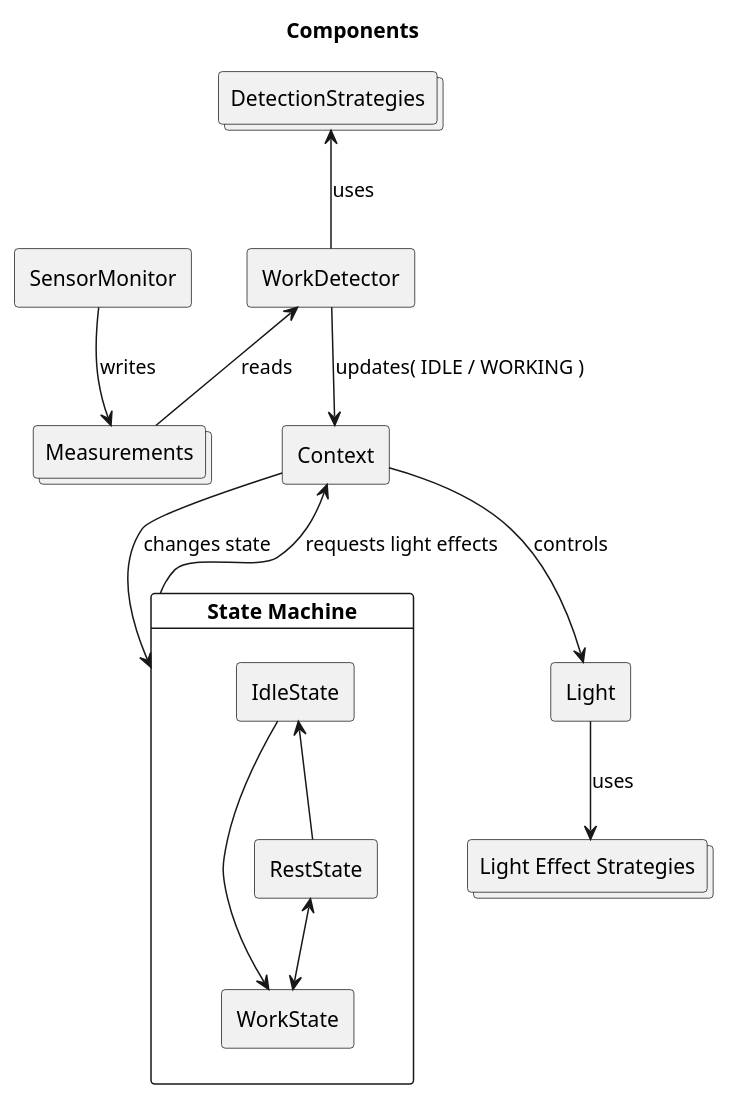
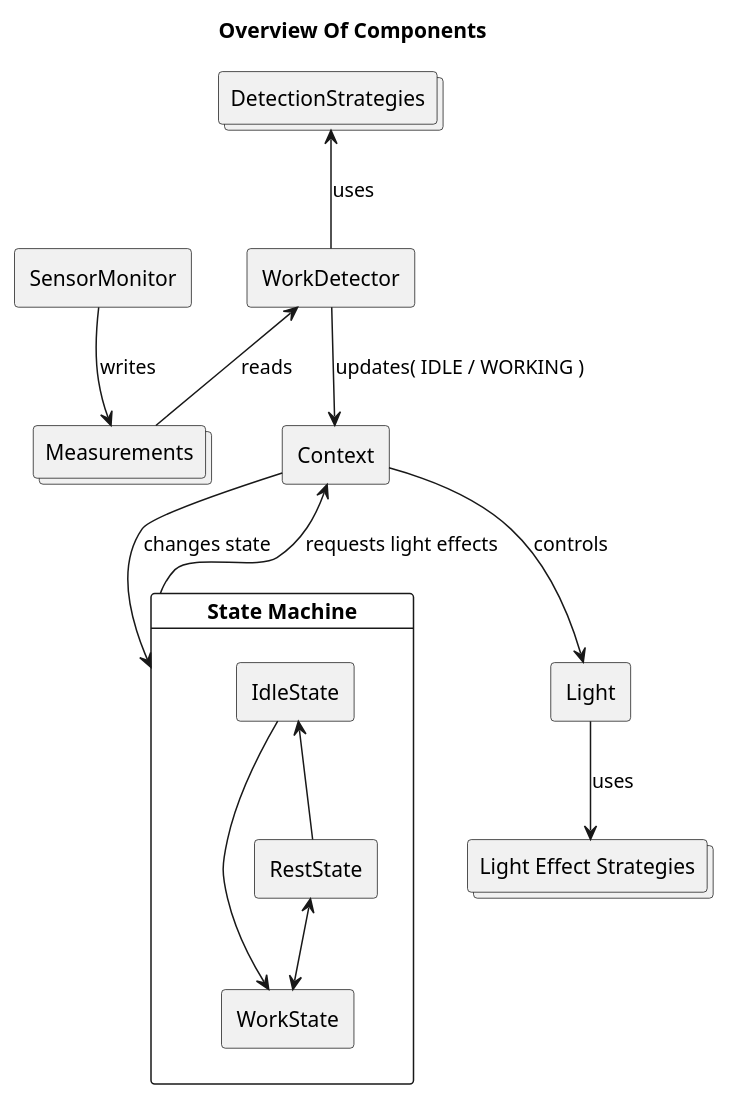
Before and after one commit to gmol/break-monitor: the diagram in docs/uml/compenents.puml, drawn with PlantUML. The commit also changed 5 other files, not shown here.

Commit message:
* Use plantuml workflow to generate uml diagrams * Update README with generated diagrams

```diff
--- a/docs/uml/compenents.puml
+++ b/docs/uml/compenents.puml
@@ -1,30 +1,30 @@
 @startuml
 
-title Components
+title Overview Of Components
 
 card "State Machine" as sm {
     agent IdleState as idle
     agent WorkState as work
     agent RestState as rest
     idle --> work
     rest <--> work
     idle <-- rest
 }
 agent Context as context
 agent WorkDetector as detector
 agent SensorMonitor as monitor
 collections Measurements as db
 collections "Light Effect Strategies" as strategies
 agent Light as light
 collections DetectionStrategies as ds
 
 context --> light : controls
 light --> strategies : uses
 context --> sm : changes state
 monitor --> db : writes
 detector <-- db : reads
 detector --> context: updates( IDLE / WORKING )
 context <-- sm : requests light effects
 ds <-- detector : uses
 
 @enduml
```
